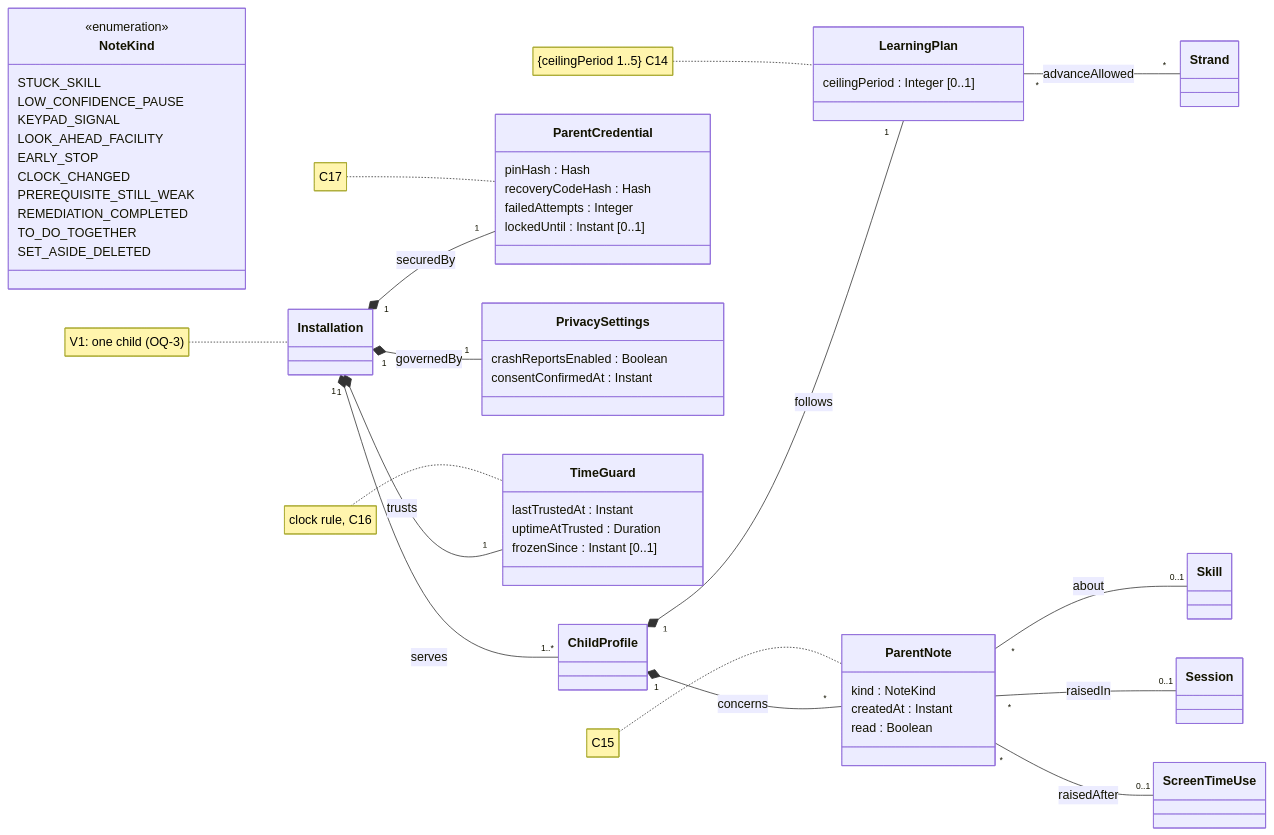
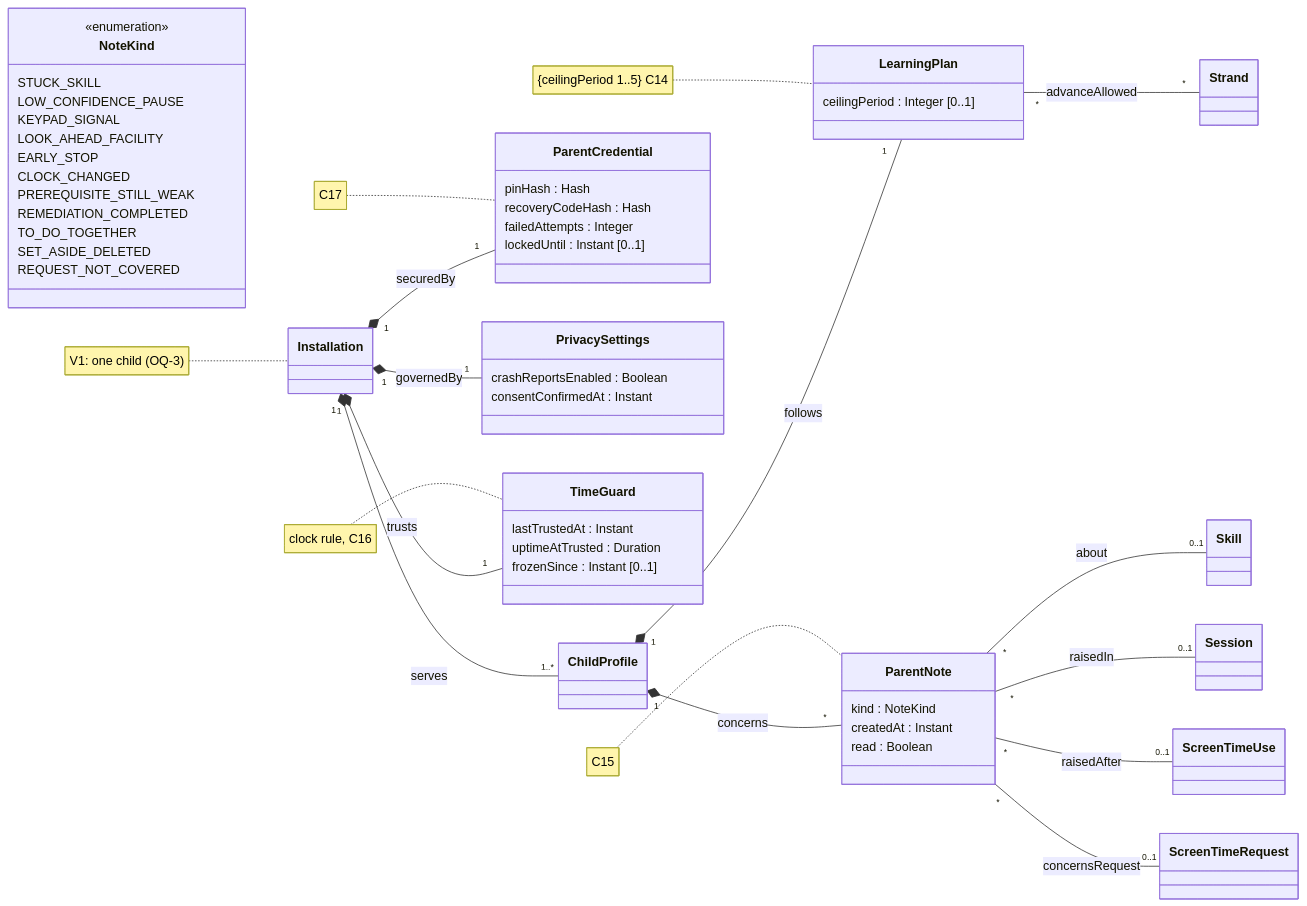
Before and after one commit to benoit-bremaud/learn-to-earn: the fifth of 5 diagrams in docs/architecture/diagrams/domain/01-class-domain-model.md, drawn with Mermaid. The commit also changed other lines of this file and 29 other files, not shown here.

First line of the commit message:
docs(architecture): clear the design backlog after the story review

````diff
--- a/docs/architecture/diagrams/domain/01-class-domain-model.md
+++ b/docs/architecture/diagrams/domain/01-class-domain-model.md
@@ -270,61 +274,64 @@
 ```mermaid
 classDiagram
   direction LR
   class Installation
   class ChildProfile
   class Session
   class Skill
   class Strand
   class ScreenTimeUse
+  class ScreenTimeRequest
   class LearningPlan {
     ceilingPeriod : Integer [0..1]
   }
+  note for LearningPlan "{ceilingPeriod 1..5} C14"
   class ParentNote {
     kind : NoteKind
     createdAt : Instant
     read : Boolean
   }
+  note for ParentNote "C15"
   class ParentCredential {
     pinHash : Hash
     recoveryCodeHash : Hash
     failedAttempts : Integer
     lockedUntil : Instant [0..1]
   }
   class PrivacySettings {
     crashReportsEnabled : Boolean
     consentConfirmedAt : Instant
   }
   class TimeGuard {
     lastTrustedAt : Instant
     uptimeAtTrusted : Duration
     frozenSince : Instant [0..1]
   }
   class NoteKind {
     <<enumeration>>
     STUCK_SKILL
     LOW_CONFIDENCE_PAUSE
     KEYPAD_SIGNAL
     LOOK_AHEAD_FACILITY
     EARLY_STOP
     CLOCK_CHANGED
     PREREQUISITE_STILL_WEAK
     REMEDIATION_COMPLETED
     TO_DO_TOGETHER
     SET_ASIDE_DELETED
+    REQUEST_NOT_COVERED
   }
   Installation "1" *-- "1..*" ChildProfile : serves
   Installation "1" *-- "1" ParentCredential : securedBy
   Installation "1" *-- "1" PrivacySettings : governedBy
   Installation "1" *-- "1" TimeGuard : trusts
   ChildProfile "1" *-- "1" LearningPlan : follows
   LearningPlan "*" -- "*" Strand : advanceAllowed
   ChildProfile "1" *-- "*" ParentNote : concerns
   ParentNote "*" -- "0..1" Skill : about
   ParentNote "*" -- "0..1" Session : raisedIn
   ParentNote "*" -- "0..1" ScreenTimeUse : raisedAfter
-  note for LearningPlan "{ceilingPeriod 1..5} C14"
-  note for ParentNote "C15"
+  ParentNote "*" -- "0..1" ScreenTimeRequest : concernsRequest
   note for TimeGuard "clock rule, C16"
   note for ParentCredential "C17"
   note for Installation "V1: one child (OQ-3)"
 ```
````
